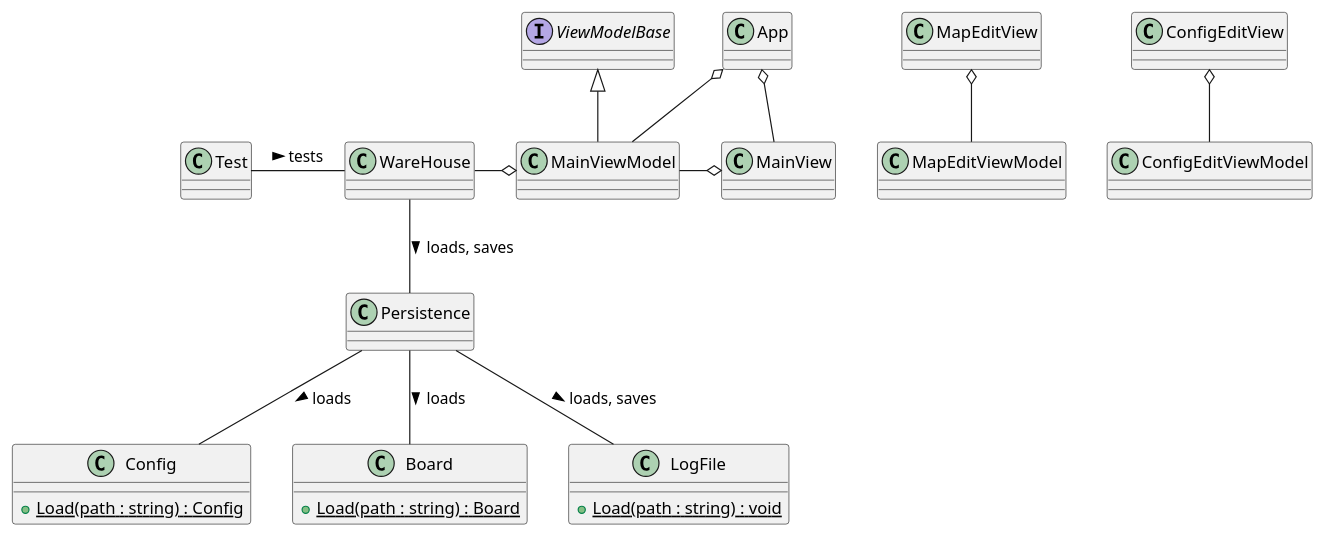
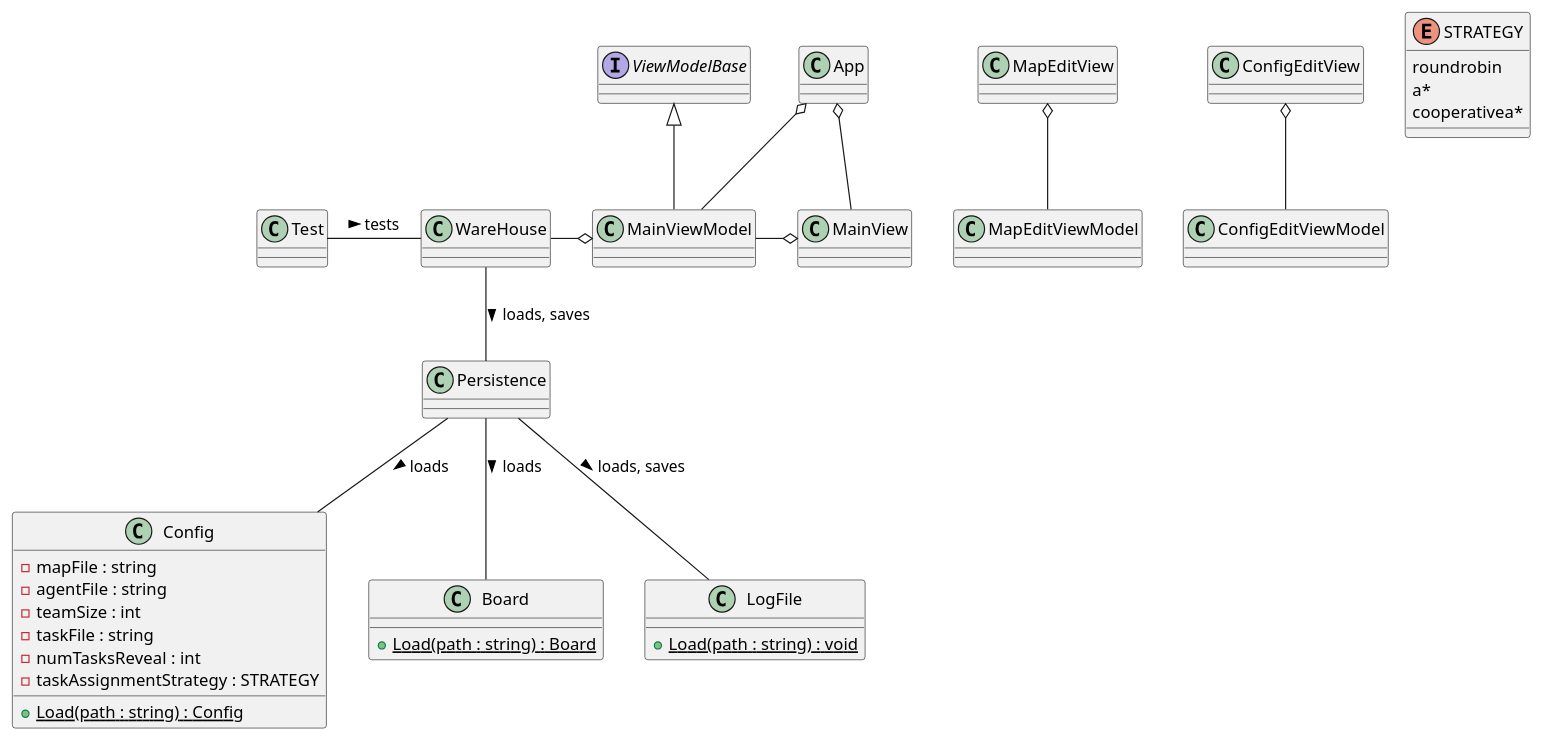
One commit to monkeysoop/csapat3 changed the diagram in uml/class.pu. Above: the diagram before and after it, drawn with PlantUML.

```diff
--- a/uml/class.pu
+++ b/uml/class.pu
@@ -1,58 +1,67 @@
 @startuml ClassDiagram
 interface ViewModelBase {}
 
 class App {}
 
 class MainView {}
 
 class MainViewModel {}
 
 class MapEditView {}
 
 class MapEditViewModel {}
 
 class ConfigEditView {}
 
 class ConfigEditViewModel {}
 
 class Persistence {}
 
 class Test {}
 
-class WareHouse {
+class WareHouse {}
 
+class Config {
+    -mapFile : string
+    -agentFile : string
+    -teamSize : int
+    -taskFile : string
+    -numTasksReveal : int
+    -taskAssignmentStrategy : STRATEGY
+    {static} +Load(path : string) : Config
 }
 
-class Config {
-
-    {static} +Load(path : string) : Config
+enum STRATEGY {
+    roundrobin
+    a*
+    cooperativea*
 }
 
 class Board {
     {static} +Load(path : string) : Board
 }
 
 class LogFile {
     {static} +Load(path : string) : void
 }
 
 App o-- MainView
 App o-- MainViewModel
 
 ViewModelBase <|-- MainViewModel
 
 MainView o-left- MainViewModel
 MapEditView o-down- MapEditViewModel
 ConfigEditView o-down- ConfigEditViewModel
 
 MainViewModel o-left- WareHouse
 
 WareHouse -- Persistence : loads, saves >
 
 Persistence -- Config : loads > 
 Persistence -- Board : loads > 
 Persistence -- LogFile : loads, saves >
 
 Test -right- WareHouse : tests >
 
 @enduml
```
